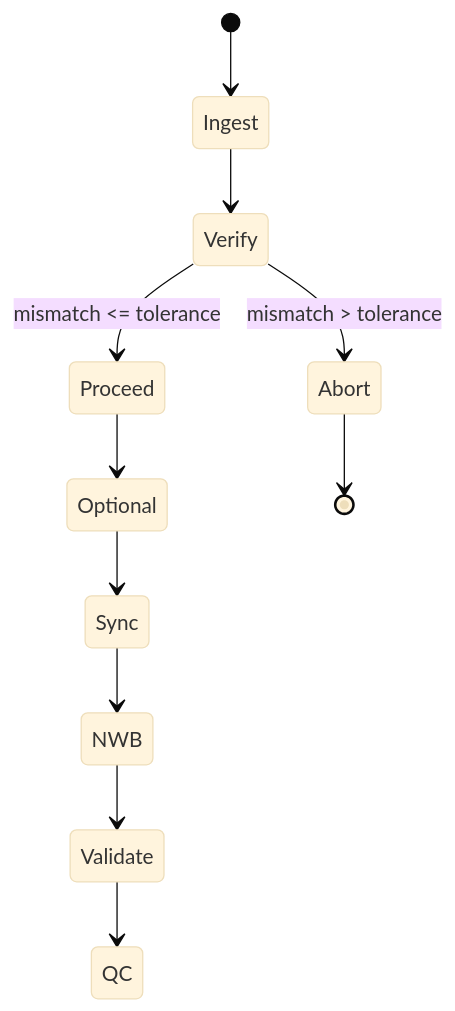
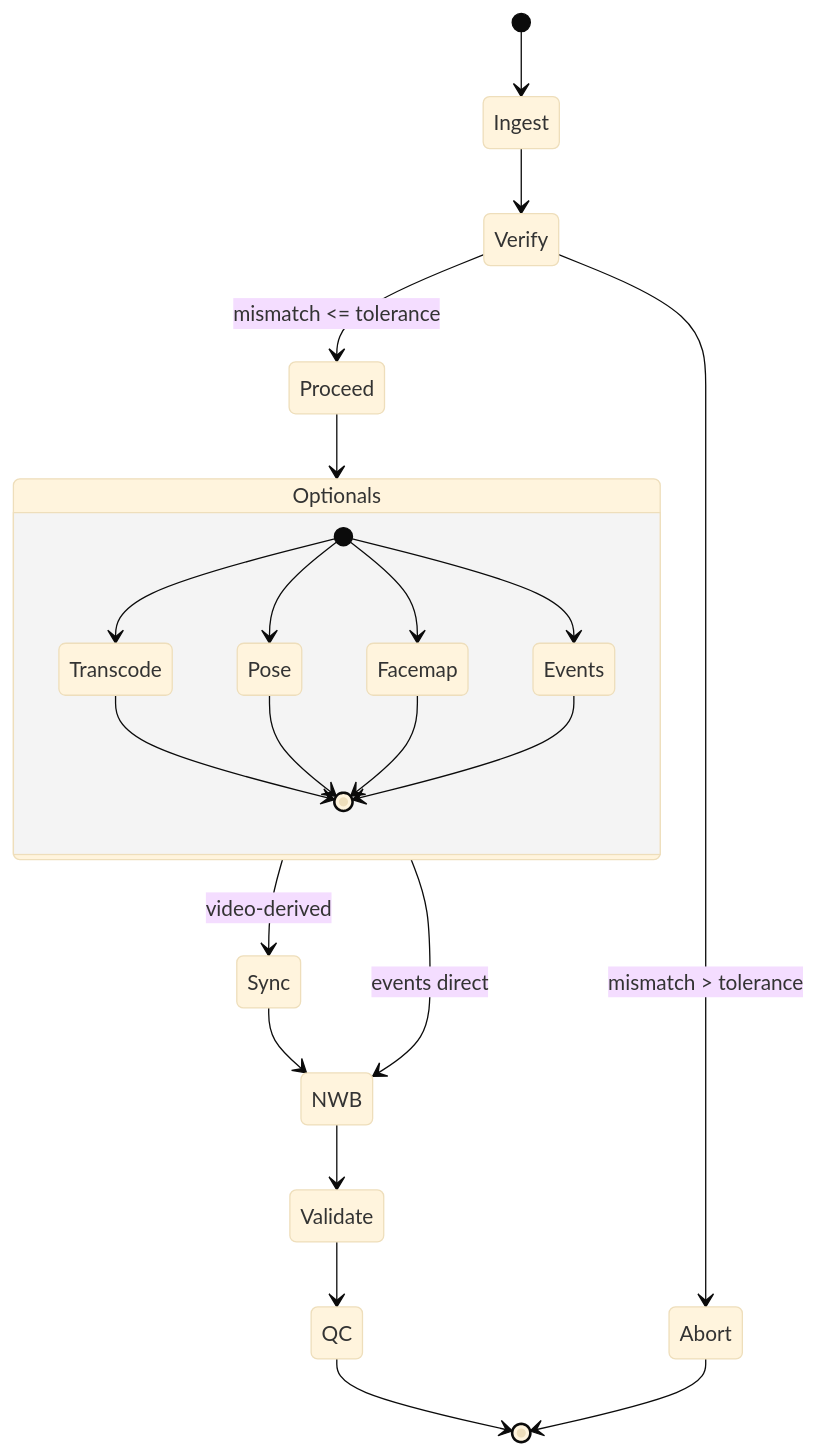
One commit to BorjaEst/w2t-bkin changed the second of 3 diagrams in design.md. Above: the diagram before and after it, drawn with Mermaid (base theme). The commit also changed other lines of this file, not shown here.

Commit message:
feat: Enhance design documentation to include events handling and state diagram updates

````diff
--- a/design.md
+++ b/design.md
@@ -139,13 +141,25 @@
 ```mermaid
-stateDiagram
+stateDiagram-v2
   [*] --> Ingest
   Ingest --> Verify
   Verify --> Abort: mismatch > tolerance
   Verify --> Proceed: mismatch <= tolerance
-  Proceed --> Optional
-  Optional --> Sync
+  Proceed --> Optionals
+  state Optionals {
+    [*] --> Transcode
+    [*] --> Pose
+    [*] --> Facemap
+    [*] --> Events
+    Transcode --> [*]
+    Pose --> [*]
+    Facemap --> [*]
+    Events --> [*]
+  }
+  Optionals --> Sync: video-derived
+  Optionals --> NWB: events direct
   Sync --> NWB
   NWB --> Validate
   Validate --> QC
+  QC --> [*]
   Abort --> [*]
 ```
````
